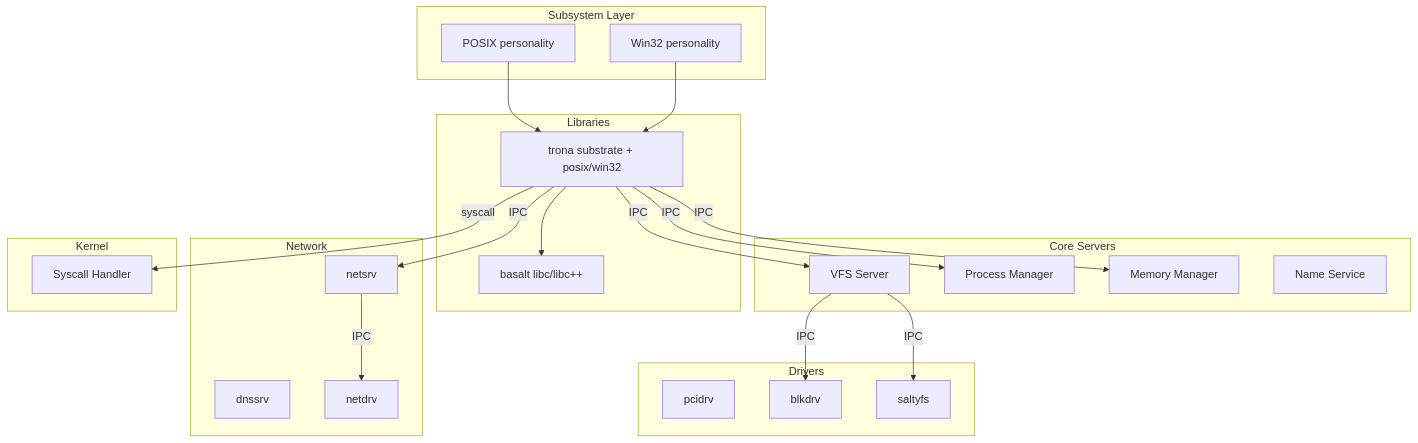
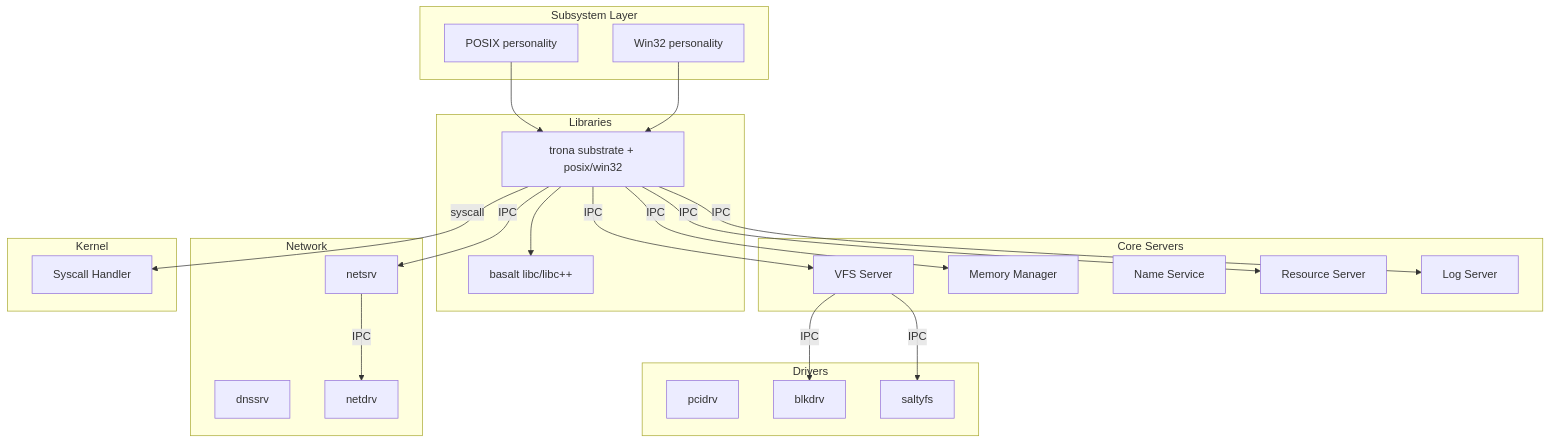
One commit to SaltyOS/SaltyOS changed the sixth of 6 diagrams in docs/ARCHITECTURE.md. Above: the diagram before and after it, drawn with Mermaid. The commit also changed other lines of this file and 1247 other files, not shown here.

````diff
--- a/docs/ARCHITECTURE.md
+++ b/docs/ARCHITECTURE.md
@@ -436,47 +456,49 @@
 ```mermaid
 graph TB
     subgraph "Subsystem Layer"
         POSIX[POSIX personality]
         WIN32[Win32 personality]
     end
 
     subgraph "Libraries"
         TRONA[trona substrate + posix/win32]
         BASALT[basalt libc/libc++]
     end
 
     subgraph "Core Servers"
         VFS[VFS Server]
-        PROCMGR[Process Manager]
         MMSRV[Memory Manager]
         NAMESRV[Name Service]
+        RSRCSRV[Resource Server]
+        LOGSRV[Log Server]
     end
 
     subgraph "Network"
         NETSRV[netsrv]
         DNSSRV[dnssrv]
         NETDRV[netdrv]
     end
 
     subgraph "Drivers"
         PCIDRV[pcidrv]
         BLKDRV[blkdrv]
         SALTYFS[saltyfs]
     end
 
     subgraph Kernel
         SYSCALL[Syscall Handler]
     end
 
     POSIX --> TRONA
     WIN32 --> TRONA
     TRONA --> BASALT
     TRONA -->|IPC| VFS
-    TRONA -->|IPC| PROCMGR
     TRONA -->|IPC| MMSRV
+    TRONA -->|IPC| RSRCSRV
+    TRONA -->|IPC| LOGSRV
     TRONA -->|IPC| NETSRV
     VFS -->|IPC| BLKDRV
     VFS -->|IPC| SALTYFS
     NETSRV -->|IPC| NETDRV
     TRONA -->|syscall| SYSCALL
 ```
````
